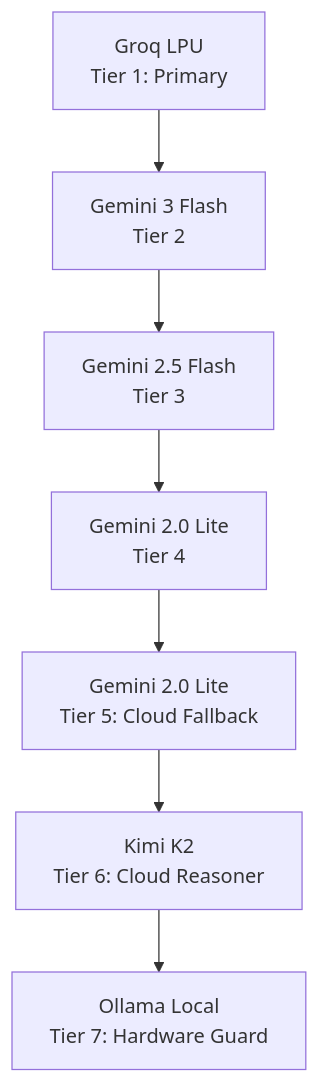
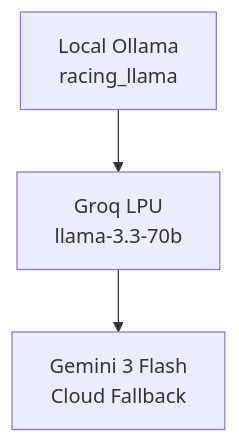
One commit to Gmpho/strike-tips-autonomous- changed the first of 2 diagrams in docs/architecture_review.md. Above: the diagram before and after it, drawn with Mermaid. The commit also changed other lines of this file and 17 other files, not shown here.

````diff
--- a/docs/architecture_review.md
+++ b/docs/architecture_review.md
@@ -32,9 +35,5 @@
 ```mermaid
 graph TD
-    T1[Groq LPU<br/>Tier 1: Primary] --> T2[Gemini 3 Flash<br/>Tier 2]
-    T2 --> T3[Gemini 2.5 Flash<br/>Tier 3]
-    T3 --> T4[Gemini 2.0 Lite<br/>Tier 4]
-    T4 --> T5[Gemini 2.0 Lite<br/>Tier 5: Cloud Fallback]
-    T5 --> T6[Kimi K2<br/>Tier 6: Cloud Reasoner]
-    T6 --> T7[Ollama Local<br/>Tier 7: Hardware Guard]
+    Local[Local Ollama<br/>racing_llama] --> Groq[Groq LPU<br/>llama-3.3-70b]
+    Groq --> Gemini[Gemini 3 Flash<br/>Cloud Fallback]
 ```
````
